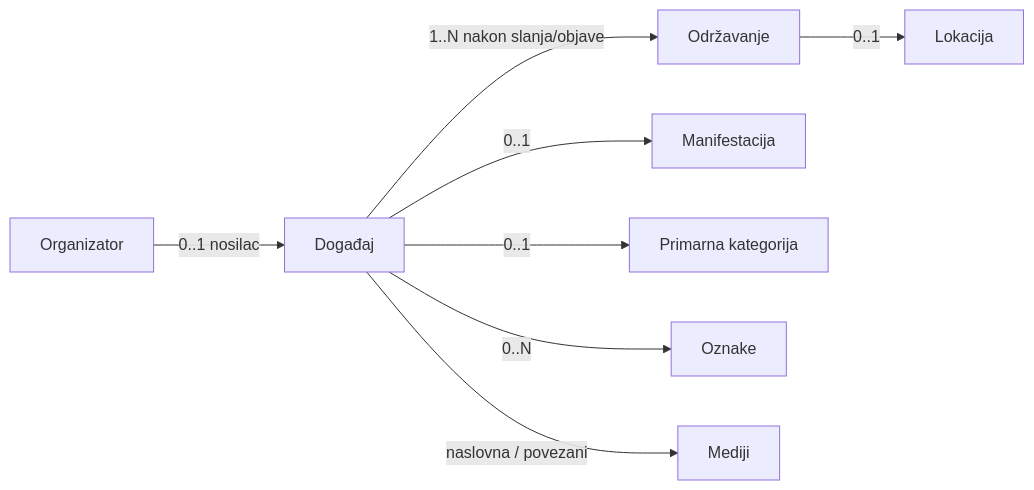
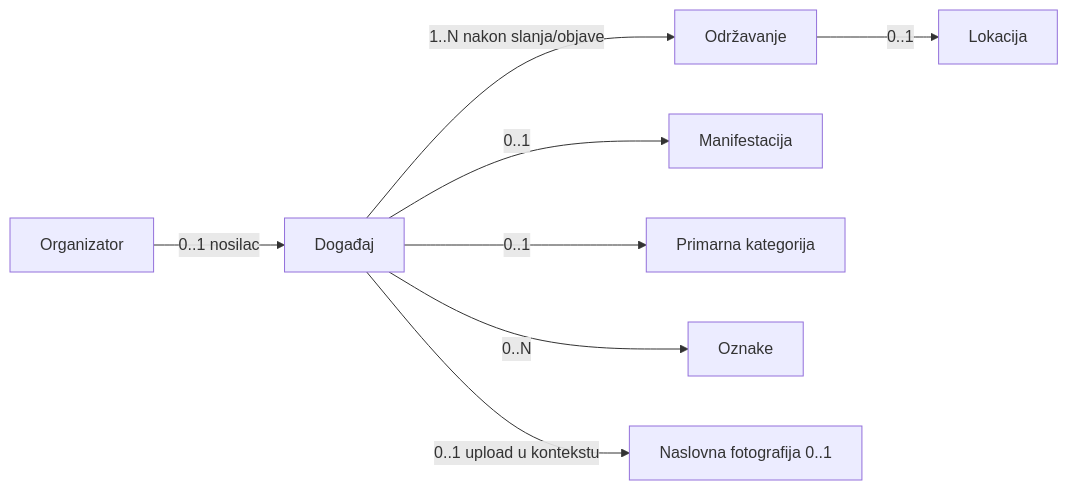
Before and after one commit to GoranOpK/digital.kotor.me: the first of 5 diagrams in docs/technical-specifications/Technical-Specification_Dogadjaj.md, drawn with Mermaid. The commit also changed other lines of this file and 12 other files, not shown here.

````diff
--- a/docs/technical-specifications/Technical-Specification_Dogadjaj.md
+++ b/docs/technical-specifications/Technical-Specification_Dogadjaj.md
@@ -302,19 +304,19 @@
 ```mermaid
 flowchart LR
   DG[Događaj]
   ORG[Organizator]
   OD[Održavanje]
   MF[Manifestacija]
   LOK[Lokacija]
   KAT[Primarna kategorija]
   OZN[Oznake]
-  MED[Mediji]
+  NF[Naslovna fotografija 0..1]
 
   ORG -->|0..1 nosilac| DG
   DG -->|1..N nakon slanja/objave| OD
   OD -->|0..1| LOK
   DG -->|0..1| MF
   DG -->|0..1| KAT
   DG -->|0..N| OZN
-  DG -->|naslovna / povezani| MED
+  DG -->|0..1 upload u kontekstu| NF
 ```
````
